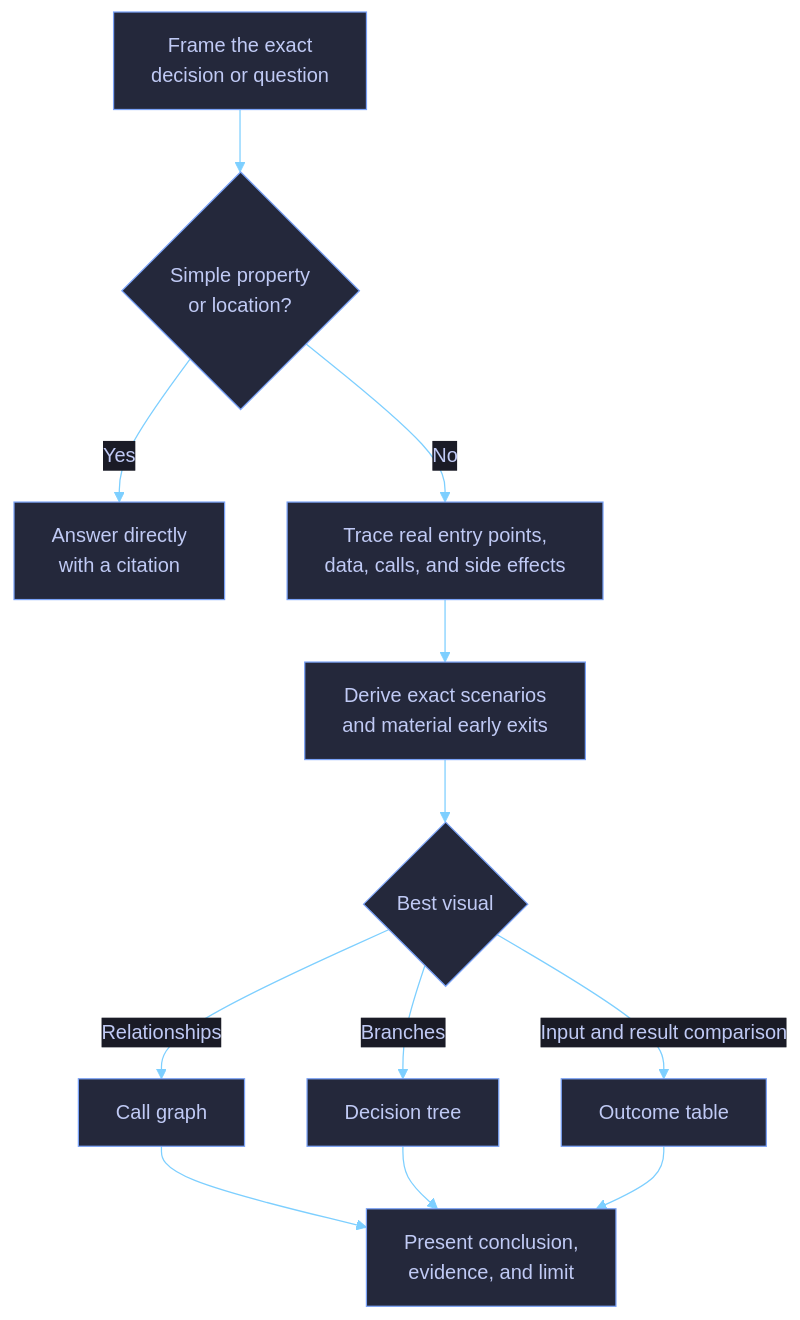
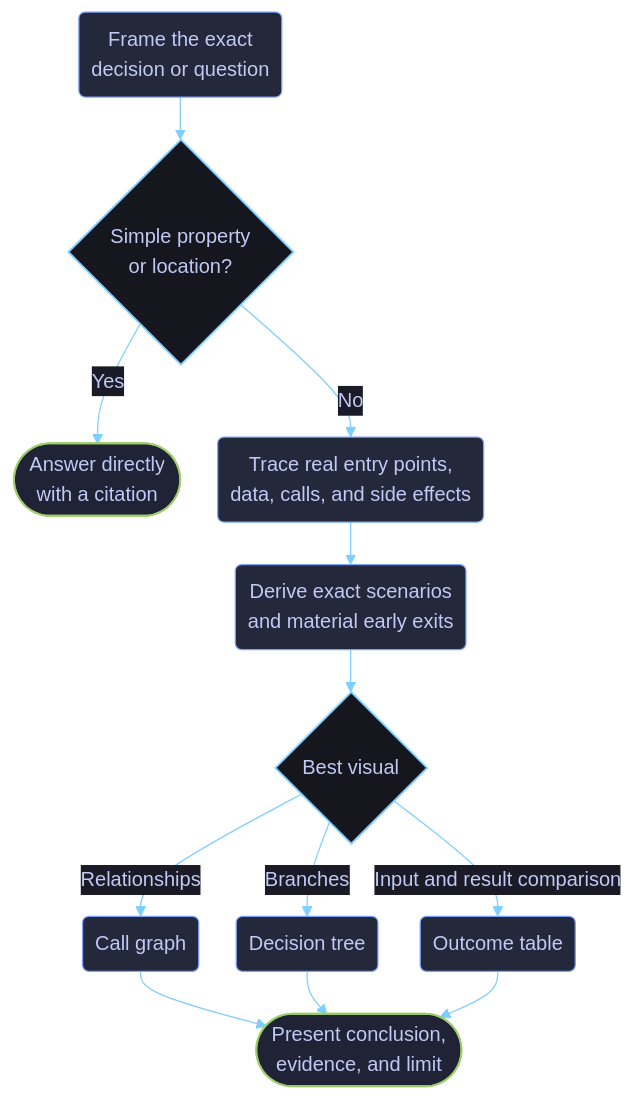
One commit to dvo-dev/copilot-guidance changed the first of 2 diagrams in docs/skill-workflows/visual-explanations.md. Above: the diagram before and after it, drawn with Mermaid. The commit also changed other lines of this file and 10 other files, not shown here.

Commit message:
Polish workflow diagrams and stable links

````diff
--- a/docs/skill-workflows/visual-explanations.md
+++ b/docs/skill-workflows/visual-explanations.md
@@ -14,15 +14,22 @@
 ```mermaid
-%%{init: {"theme":"base","themeVariables":{"background":"#1a1b26","primaryColor":"#24283b","primaryTextColor":"#c0caf5","primaryBorderColor":"#7aa2f7","secondaryColor":"#1f2335","secondaryTextColor":"#c0caf5","secondaryBorderColor":"#bb9af7","tertiaryColor":"#16161e","tertiaryTextColor":"#c0caf5","tertiaryBorderColor":"#7dcfff","lineColor":"#7dcfff","textColor":"#c0caf5","mainBkg":"#24283b","nodeBorder":"#7aa2f7","clusterBkg":"#16161e","clusterBorder":"#565f89","defaultLinkColor":"#7dcfff","edgeLabelBackground":"#1a1b26","titleColor":"#bb9af7","fontFamily":"ui-monospace, SFMono-Regular, Menlo, Monaco, Consolas, Liberation Mono, monospace"},"flowchart":{"curve":"basis","htmlLabels":true}}}%%
+%%{init: {"theme":"base","themeVariables":{"background":"#1a1b26","primaryColor":"#24283b","primaryTextColor":"#c0caf5","primaryBorderColor":"#7aa2f7","secondaryColor":"#1f2335","secondaryTextColor":"#c0caf5","secondaryBorderColor":"#bb9af7","tertiaryColor":"#16161e","tertiaryTextColor":"#c0caf5","tertiaryBorderColor":"#7dcfff","lineColor":"#7dcfff","textColor":"#c0caf5","mainBkg":"#24283b","nodeBorder":"#7aa2f7","clusterBkg":"#16161e","clusterBorder":"#565f89","defaultLinkColor":"#7dcfff","edgeLabelBackground":"#1a1b26","titleColor":"#bb9af7","fontFamily":"ui-monospace, SFMono-Regular, Menlo, Monaco, Consolas, Liberation Mono, monospace"},"flowchart":{"curve":"basis","htmlLabels":true,"nodeSpacing":30,"rankSpacing":34,"padding":10}}}%%
 flowchart TD
-    A["Frame the exact<br/>decision or question"] --> B{"Simple property<br/>or location?"}
-    B -->|Yes| C["Answer directly<br/>with a citation"]
-    B -->|No| D["Trace real entry points,<br/>data, calls, and side effects"]
-    D --> E["Derive exact scenarios<br/>and material early exits"]
+    A("Frame the exact<br/>decision or question") --> B{"Simple property<br/>or location?"}
+    B -->|Yes| C(["Answer directly<br/>with a citation"])
+    B -->|No| D("Trace real entry points,<br/>data, calls, and side effects")
+    D --> E("Derive exact scenarios<br/>and material early exits")
     E --> F{"Best visual"}
-    F -->|Relationships| G["Call graph"]
-    F -->|Branches| H["Decision tree"]
-    F -->|Input and result comparison| I["Outcome table"]
-    G --> J["Present conclusion,<br/>evidence, and limit"]
+    F -->|Relationships| G("Call graph")
+    F -->|Branches| H("Decision tree")
+    F -->|Input and result comparison| I("Outcome table")
+    G --> J(["Present conclusion,<br/>evidence, and limit"])
     H --> J
     I --> J
+
+    classDef stage fill:#24283b,stroke:#7aa2f7,stroke-width:1px,color:#c0caf5;
+    classDef outcome fill:#1f2335,stroke:#9ece6a,stroke-width:1.5px,color:#c0caf5;
+    classDef decision fill:#16161e,stroke:#7dcfff,stroke-width:1.5px,color:#c0caf5;
+    class A,D,E,G,H,I stage;
+    class C,J outcome;
+    class B,F decision;
 ```
````
